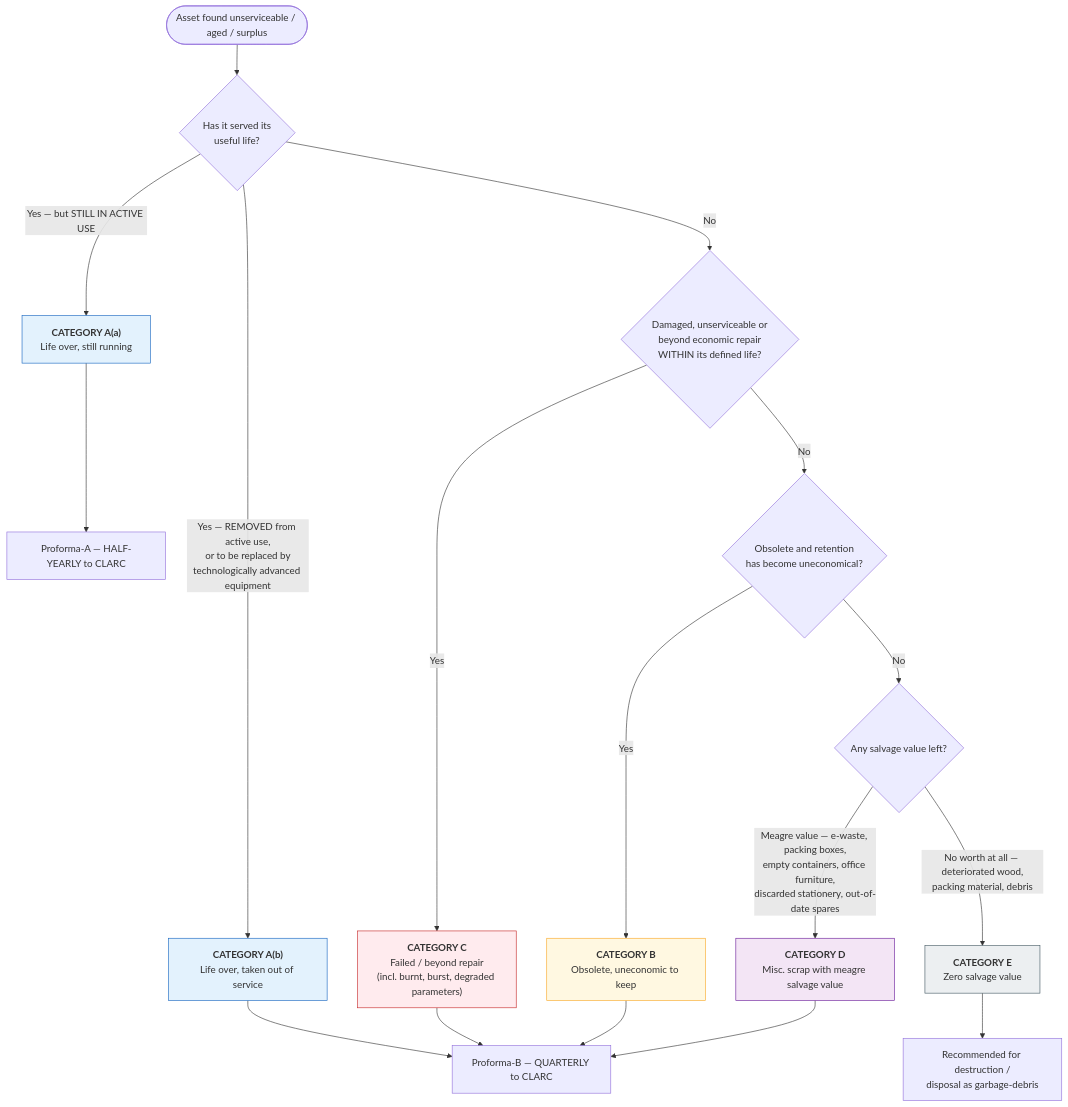
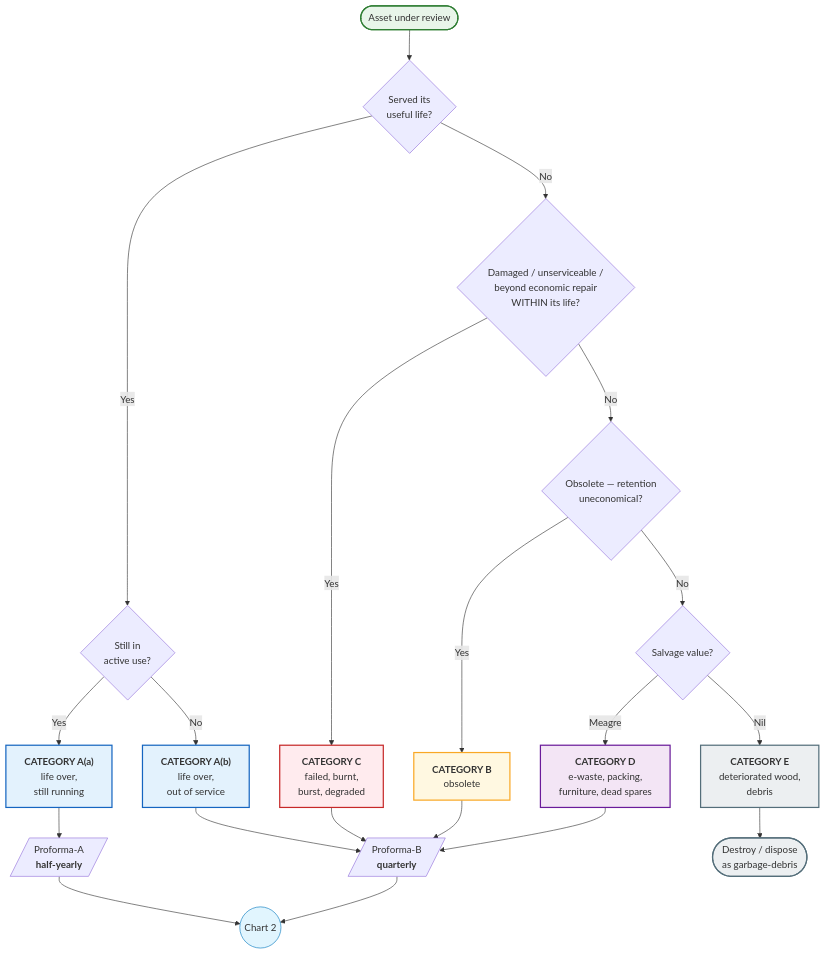
The third of 10 diagrams in docs/flowchart.md (piyush4315/08.09.2026), drawn with Mermaid before and after one commit. The commit also changed other lines of this file and 2 other files, not shown here.

Commit message:
Redraw policy flow charts as diagrammatic flowcharts with standard symbols

````diff
--- a/docs/flowchart.md
+++ b/docs/flowchart.md
@@ -47,27 +109,38 @@
 ```mermaid
 flowchart TD
-    S(["Asset found unserviceable / aged / surplus"]) --> L{"Has it served its<br/>useful life?"}
-    L -->|"Yes — but STILL IN ACTIVE USE"| AA["<b>CATEGORY A(a)</b><br/>Life over, still running"]
-    L -->|"Yes — REMOVED from active use,<br/>or to be replaced by<br/>technologically advanced equipment"| AB["<b>CATEGORY A(b)</b><br/>Life over, taken out of service"]
-    L -->|No| D1{"Damaged, unserviceable or<br/>beyond economic repair<br/>WITHIN its defined life?"}
-    D1 -->|Yes| CC["<b>CATEGORY C</b><br/>Failed / beyond repair<br/>(incl. burnt, burst, degraded parameters)"]
-    D1 -->|No| O1{"Obsolete and retention<br/>has become uneconomical?"}
-    O1 -->|Yes| BB["<b>CATEGORY B</b><br/>Obsolete, uneconomic to keep"]
-    O1 -->|No| V1{"Any salvage value left?"}
-    V1 -->|"Meagre value — e-waste, packing boxes,<br/>empty containers, office furniture,<br/>discarded stationery, out-of-date spares"| DD["<b>CATEGORY D</b><br/>Misc. scrap with meagre salvage value"]
-    V1 -->|"No worth at all — deteriorated wood,<br/>packing material, debris"| EE["<b>CATEGORY E</b><br/>Zero salvage value"]
+    START(["Asset under review"]) --> Q1{"Served its<br/>useful life?"}
 
-    AA --> P1["Proforma-A — HALF-YEARLY to CLARC"]
-    AB --> P2["Proforma-B — QUARTERLY to CLARC"]
-    BB --> P2
-    CC --> P2
-    DD --> P2
-    EE --> P3["Recommended for destruction /<br/>disposal as garbage-debris"]
+    Q1 -->|"Yes"| Q1B{"Still in<br/>active use?"}
+    Q1B -->|"Yes"| AA["<b>CATEGORY A(a)</b><br/>life over,<br/>still running"]
+    Q1B -->|"No"| AB["<b>CATEGORY A(b)</b><br/>life over,<br/>out of service"]
 
-    style AA fill:#e3f2fd,stroke:#1565c0
-    style AB fill:#e3f2fd,stroke:#1565c0
-    style BB fill:#fff8e1,stroke:#f9a825
-    style CC fill:#ffebee,stroke:#c62828
-    style DD fill:#f3e5f5,stroke:#6a1b9a
-    style EE fill:#eceff1,stroke:#455a64
+    Q1 -->|"No"| Q2{"Damaged / unserviceable /<br/>beyond economic repair<br/>WITHIN its life?"}
+    Q2 -->|"Yes"| CC["<b>CATEGORY C</b><br/>failed, burnt,<br/>burst, degraded"]
+
+    Q2 -->|"No"| Q3{"Obsolete — retention<br/>uneconomical?"}
+    Q3 -->|"Yes"| BB["<b>CATEGORY B</b><br/>obsolete"]
+
+    Q3 -->|"No"| Q4{"Salvage value?"}
+    Q4 -->|"Meagre"| DD["<b>CATEGORY D</b><br/>e-waste, packing,<br/>furniture, dead spares"]
+    Q4 -->|"Nil"| EE["<b>CATEGORY E</b><br/>deteriorated wood,<br/>debris"]
+
+    AA --> PA[/"Proforma-A<br/><b>half-yearly</b>"/]
+    AB --> PB[/"Proforma-B<br/><b>quarterly</b>"/]
+    BB --> PB
+    CC --> PB
+    DD --> PB
+    EE --> BIN(["Destroy / dispose<br/>as garbage-debris"])
+
+    PA --> OUT(("Chart 2"))
+    PB --> OUT
+
+    style AA fill:#e3f2fd,stroke:#1565c0,stroke-width:2px
+    style AB fill:#e3f2fd,stroke:#1565c0,stroke-width:2px
+    style BB fill:#fff8e1,stroke:#f9a825,stroke-width:2px
+    style CC fill:#ffebee,stroke:#c62828,stroke-width:2px
+    style DD fill:#f3e5f5,stroke:#6a1b9a,stroke-width:2px
+    style EE fill:#eceff1,stroke:#546e7a,stroke-width:2px
+    style START fill:#e8f5e9,stroke:#2e7d32,stroke-width:2px
+    style BIN fill:#eceff1,stroke:#546e7a,stroke-width:2px
+    style OUT fill:#e1f5fe,stroke:#0277bd
 ```
````
